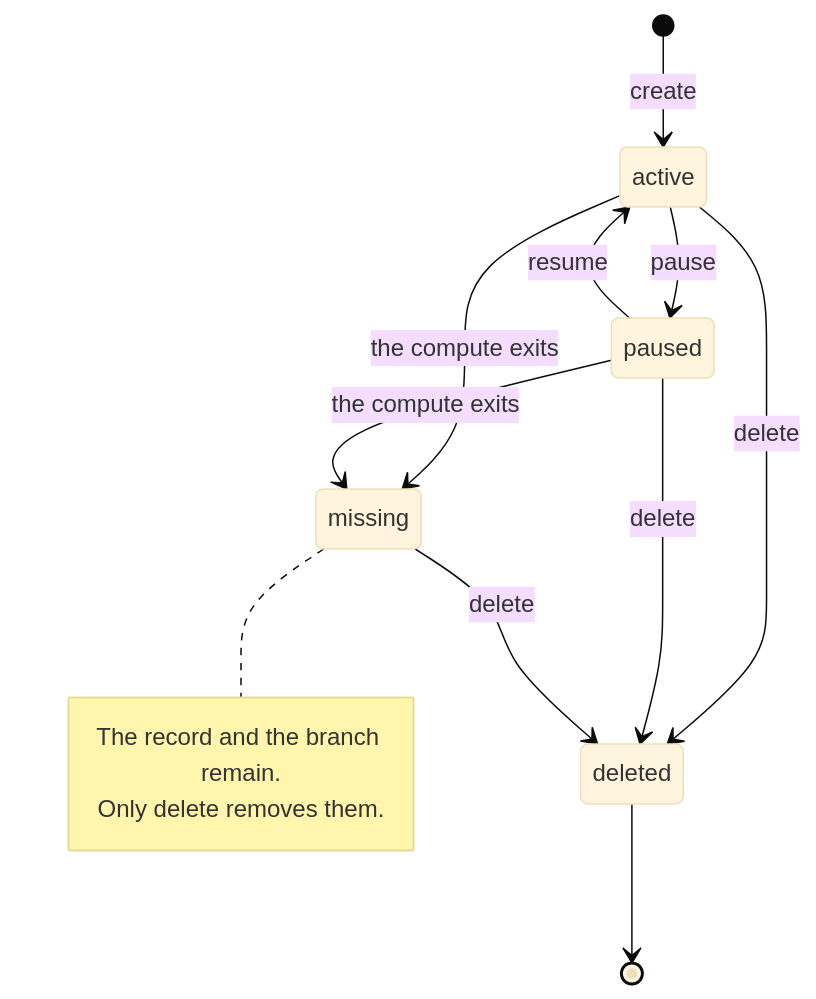
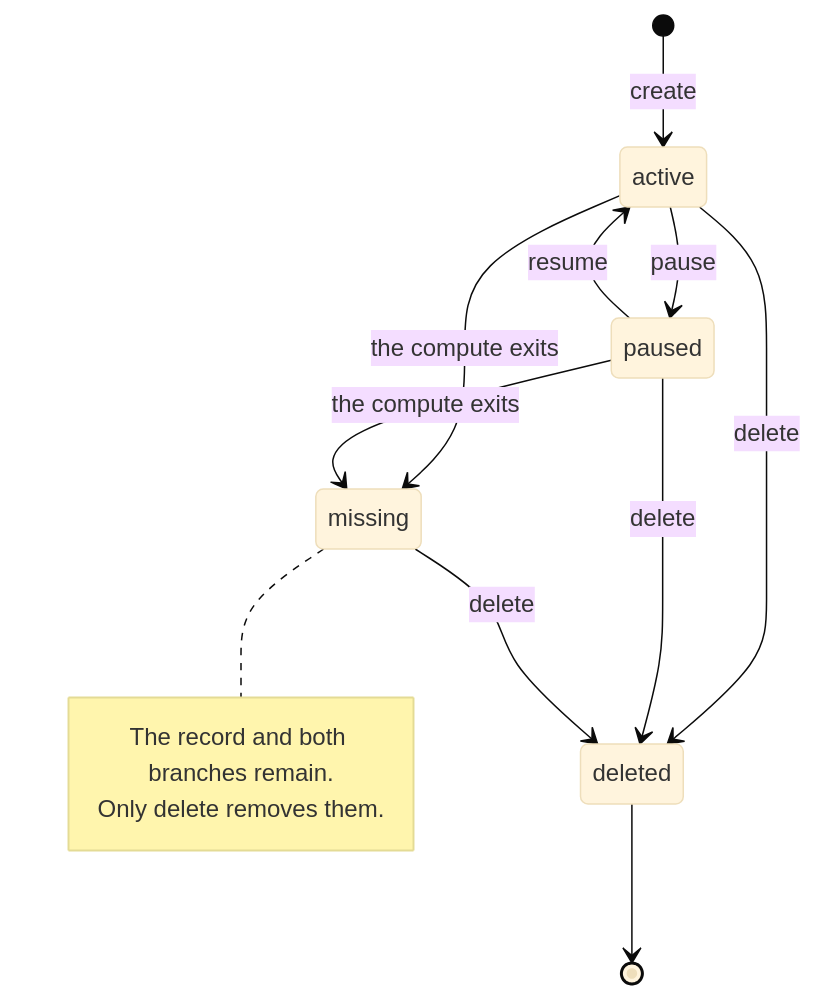
The first of 2 diagrams in docs/docs/user/litterbox/lifecycle.mdx (throwparty/agentkit), drawn with Mermaid (base theme) before and after one commit. The commit also changed other lines of this file and 5 other files, not shown here.

````diff
--- a/docs/docs/user/litterbox/lifecycle.mdx
+++ b/docs/docs/user/litterbox/lifecycle.mdx
@@ -30,17 +44,17 @@
 ```mermaid
 stateDiagram-v2
     [*] --> active: create
     active --> paused: pause
     paused --> active: resume
     active --> missing: the compute exits
     paused --> missing: the compute exits
     active --> deleted: delete
     paused --> deleted: delete
     missing --> deleted: delete
     deleted --> [*]
 
     note right of missing
-        The record and the branch remain.
+        The record and both branches remain.
         Only delete removes them.
     end note
 ```
````
